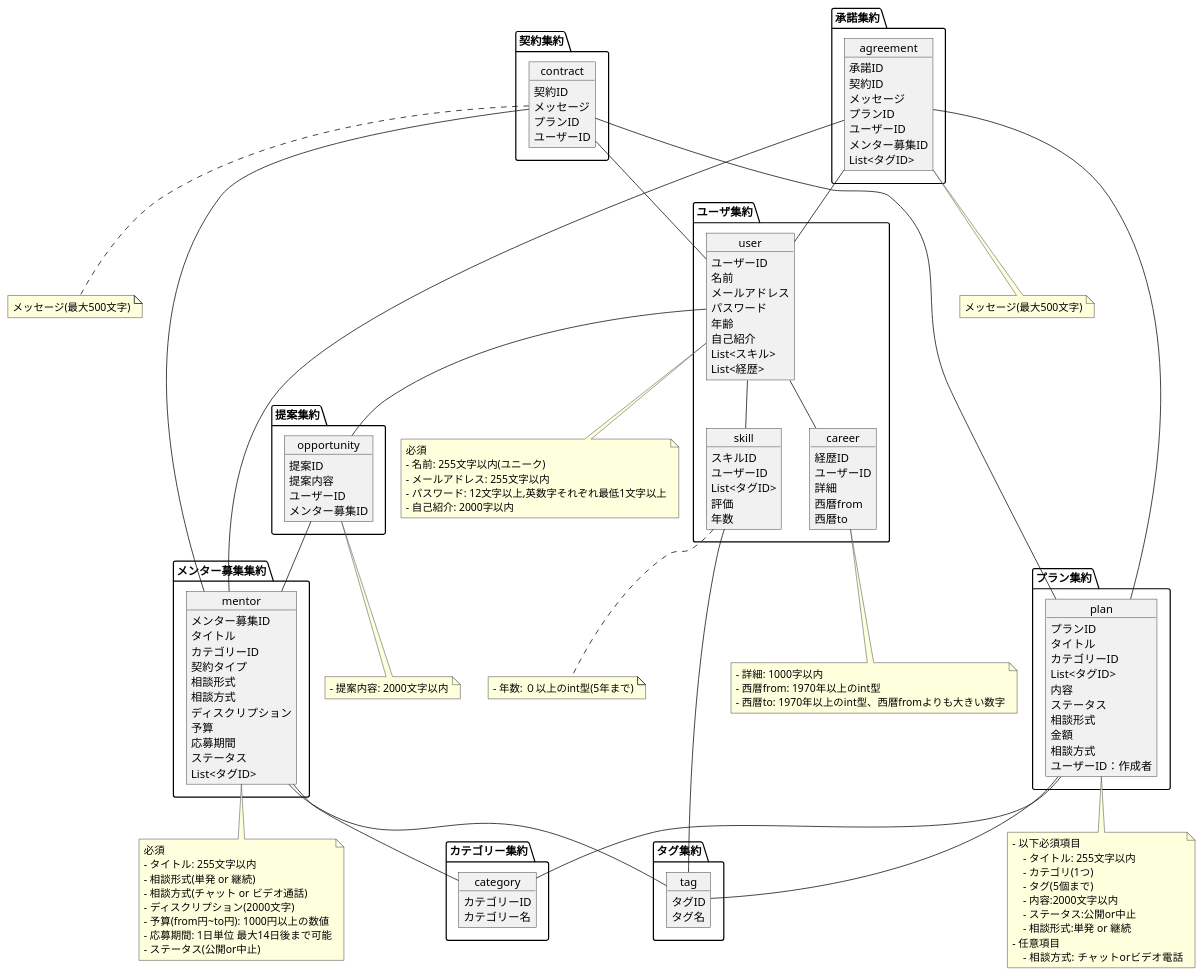
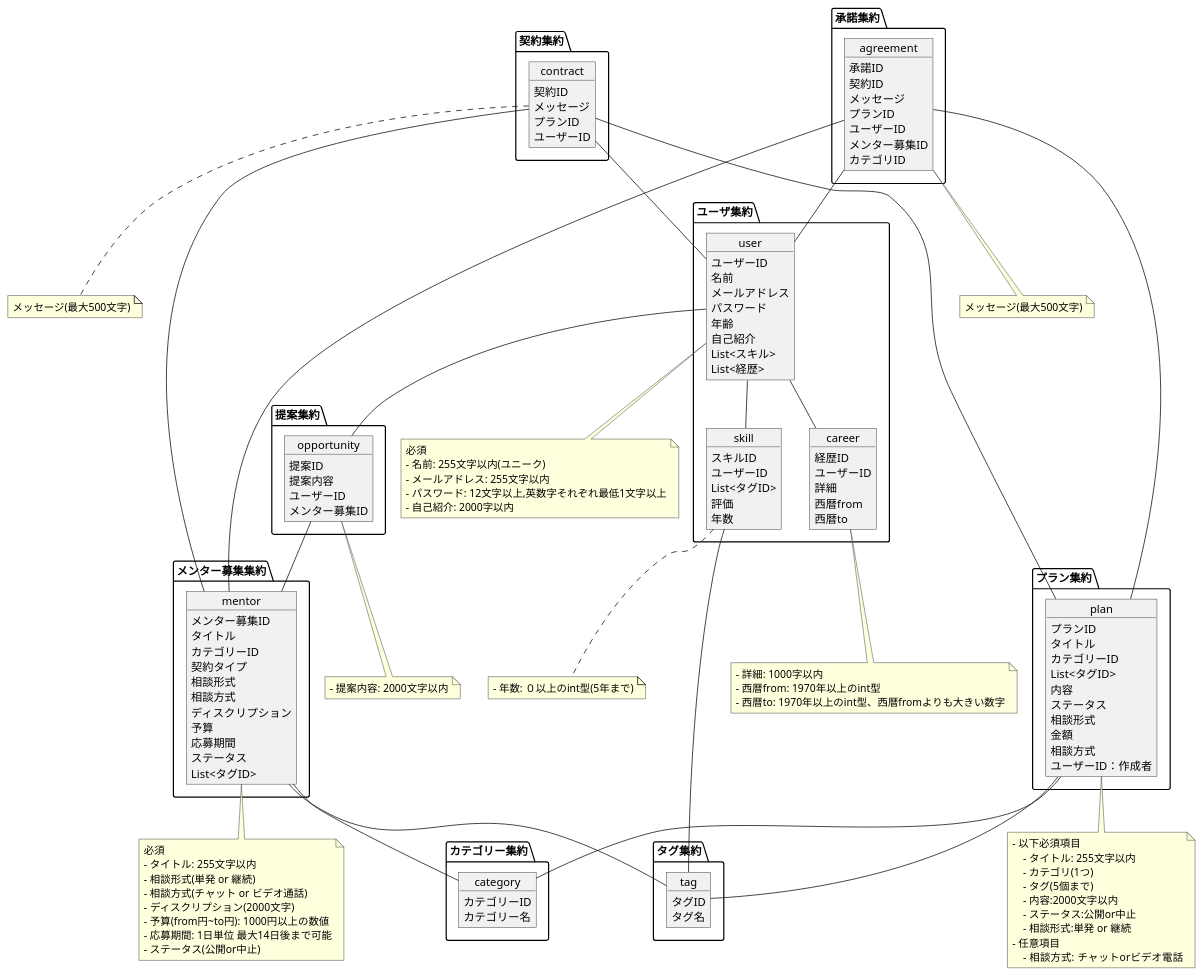
One commit to tanaharuto167/ddd_learning changed the diagram in UseCase.pu. Above: the diagram before and after it, drawn with PlantUML.

Commit message:
fix: 🐛 delete

```diff
--- a/UseCase.pu
+++ b/UseCase.pu
@@ -1,173 +1,173 @@
 @startuml
 package ユーザ集約 {
 object user{
     ユーザーID
     名前
     メールアドレス
     パスワード
     年齢
     自己紹介
     List<スキル>
     List<経歴>
 }
 object skill{
     スキルID
     ユーザーID
     List<タグID>
     評価
     年数
 }
 object career{
     経歴ID
     ユーザーID
     詳細
     西暦from
     西暦to
 }
 }
 package メンター募集集約{
 object mentor{
     メンター募集ID
     タイトル
     カテゴリーID
     契約タイプ
     相談形式
     相談方式
     ディスクリプション
     予算
     応募期間
     ステータス
     List<タグID>
 }
 }
 package 提案集約{
 object opportunity{
     提案ID
     提案内容
     ユーザーID
     メンター募集ID
 }
 }
 package タグ集約{
 object tag{
     タグID
     タグ名
 }
 }
 package 契約集約{
 object contract{
     契約ID
     メッセージ
     プランID
     ユーザーID
 }
 }
 package 承諾集約{
 object agreement{
     承諾ID
     契約ID
     メッセージ
     プランID
     ユーザーID
     メンター募集ID
-    List<タグID>
+    カテゴリID
 }
 }
 package プラン集約{
 object plan{
     プランID
     タイトル
     カテゴリーID
     List<タグID>
     内容
     ステータス
     相談形式
     金額
     相談方式
     ユーザーID：作成者
 }
 }
 package カテゴリー集約{
 object category{
     カテゴリーID
     カテゴリー名
 }
 }
 
 /'
   Note
 '/
 note bottom of user
 必須
 - 名前: 255文字以内(ユニーク)
 - メールアドレス: 255文字以内
 - パスワード: 12文字以上,英数字それぞれ最低1文字以上
 - 自己紹介: 2000字以内
 end note
 
 note bottom of skill
 - 年数: ０以上のint型(5年まで)
 end note
 
 note bottom of career
 - 詳細: 1000字以内
 - 西暦from: 1970年以上のint型
 - 西暦to: 1970年以上のint型、西暦fromよりも大きい数字
 end note
 
 
 note bottom of mentor
 必須
 - タイトル: 255文字以内
 - 相談形式(単発 or 継続)
 - 相談方式(チャット or ビデオ通話)
 - ディスクリプション(2000文字)
 - 予算(from円~to円): 1000円以上の数値
 - 応募期間: 1日単位 最大14日後まで可能
 - ステータス(公開or中止)
 end note
 
 note bottom of opportunity
 - 提案内容: 2000文字以内
 end note
 
 note bottom of plan
 - 以下必須項目
     - タイトル: 255文字以内
     - カテゴリ(1つ)
     - タグ(5個まで)
     - 内容:2000文字以内
     - ステータス:公開or中止
     - 相談形式:単発 or 継続
 - 任意項目
     - 相談方式:  チャットorビデオ電話
 end note
 
 note bottom of contract
 メッセージ(最大500文字)
 end note
 
 note bottom of agreement
 メッセージ(最大500文字)
 end note
 
 /'
   Releate
 '/
 user -- skill
 user -- career 
 user -- opportunity
 opportunity -- mentor
 plan -- tag
 skill -- tag
 mentor -- tag
 contract -- plan
 contract -- user
 contract -- mentor
 agreement -- user
 agreement -- plan
 agreement -- mentor
 plan -- category
 mentor -- category
 
 @enduml
```
